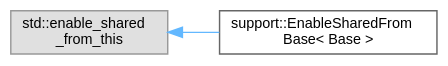
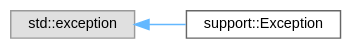
The diagram in inherit_graph_98.dot (Bobini1/RhythmGame), drawn with Graphviz before and after one commit. The commit also changed 150 other files, not shown here.

```diff
--- a/inherit_graph_98.dot
+++ b/inherit_graph_98.dot
@@ -1,11 +1,11 @@
 digraph "Graphical Class Hierarchy"
 {
  // LATEX_PDF_SIZE
   bgcolor="transparent";
   edge [fontname=Helvetica,fontsize=10,labelfontname=Helvetica,labelfontsize=10];
   node [fontname=Helvetica,fontsize=10,shape=box,height=0.2,width=0.4];
   rankdir="LR";
-  Node0 [id="Node000000",label="std::enable_shared\l_from_this",height=0.2,width=0.4,color="grey60", fillcolor="#E0E0E0", style="filled",tooltip=" "];
-  Node0 -> Node1 [id="edge55_Node000000_Node000001",dir="back",color="steelblue1",style="solid",tooltip=" "];
-  Node1 [id="Node000001",label="support::EnableSharedFrom\lBase\< Base \>",height=0.2,width=0.4,color="grey40", fillcolor="white", style="filled",URL="$classsupport_1_1EnableSharedFromBase.html",tooltip="A helper class for creating a shared pointer to self."];
+  Node0 [id="Node000000",label="std::exception",height=0.2,width=0.4,color="grey60", fillcolor="#E0E0E0", style="filled",tooltip=" "];
+  Node0 -> Node1 [id="edge56_Node000000_Node000001",dir="back",color="steelblue1",style="solid",tooltip=" "];
+  Node1 [id="Node000001",label="support::Exception",height=0.2,width=0.4,color="grey40", fillcolor="white", style="filled",URL="$classsupport_1_1Exception.html",tooltip=" "];
 }
```
